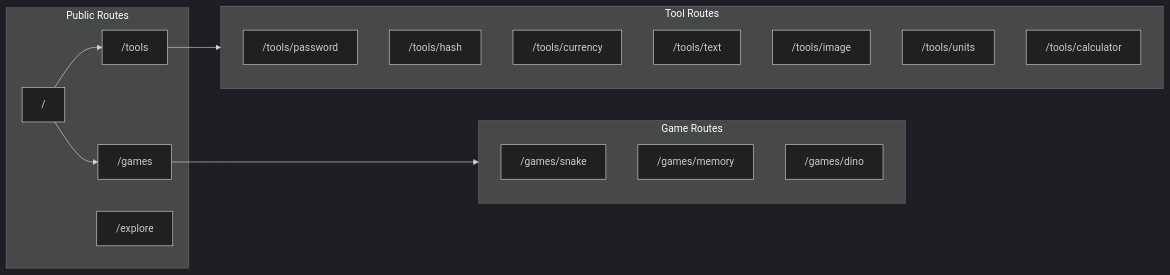
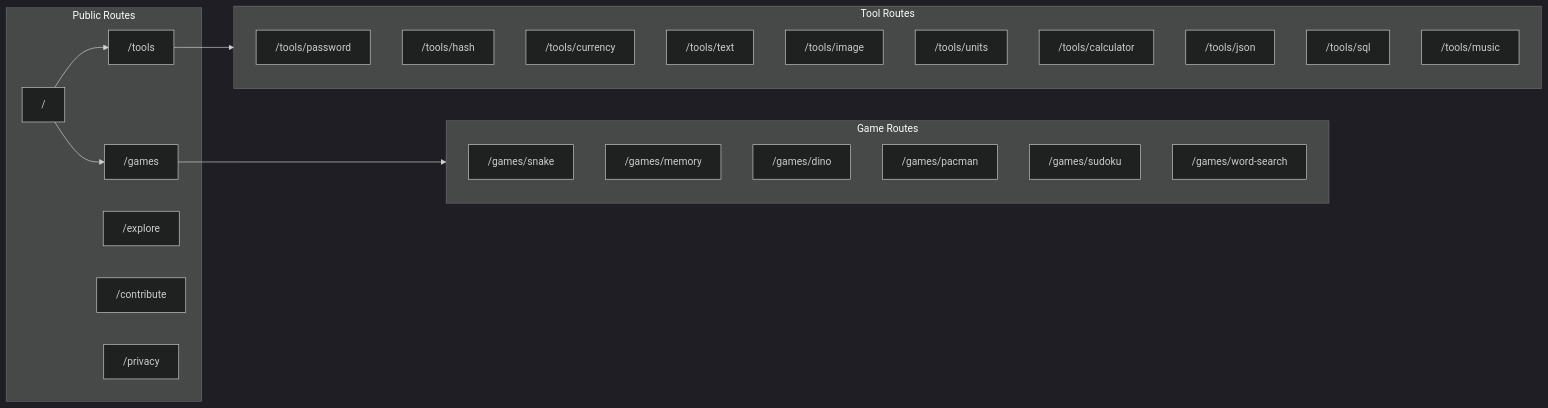
One commit to KompallyAkhil/astraa changed the second of 6 diagrams in docs/ARCHITECTURE.md. Above: the diagram before and after it, drawn with Mermaid (dark theme). The commit also changed other lines of this file and 4 other files, not shown here.

````diff
--- a/docs/ARCHITECTURE.md
+++ b/docs/ARCHITECTURE.md
@@ -107,30 +116,38 @@
 ```mermaid
 graph LR
     subgraph Public["Public Routes"]
         Home["/"]
         Tools["/tools"]
         Games["/games"]
         Explore["/explore"]
+        Contribute["/contribute"]
+        Privacy["/privacy"]
     end
 
     subgraph Tool["Tool Routes"]
         Password["/tools/password"]
         Hash["/tools/hash"]
         Currency["/tools/currency"]
         Text["/tools/text"]
         Image["/tools/image"]
         Units["/tools/units"]
         Calculator["/tools/calculator"]
+        JSON["/tools/json"]
+        SQL["/tools/sql"]
+        Music["/tools/music"]
     end
 
     subgraph Game["Game Routes"]
         Snake["/games/snake"]
         Memory["/games/memory"]
         Dino["/games/dino"]
+        Pacman["/games/pacman"]
+        Sudoku["/games/sudoku"]
+        WordSearch["/games/word-search"]
     end
 
     Home --> Tools
     Home --> Games
     Tools --> Tool
     Games --> Game
 ```
````
